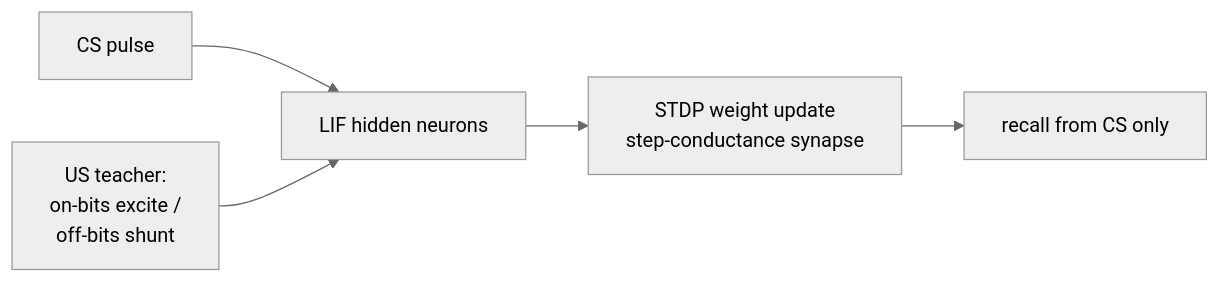
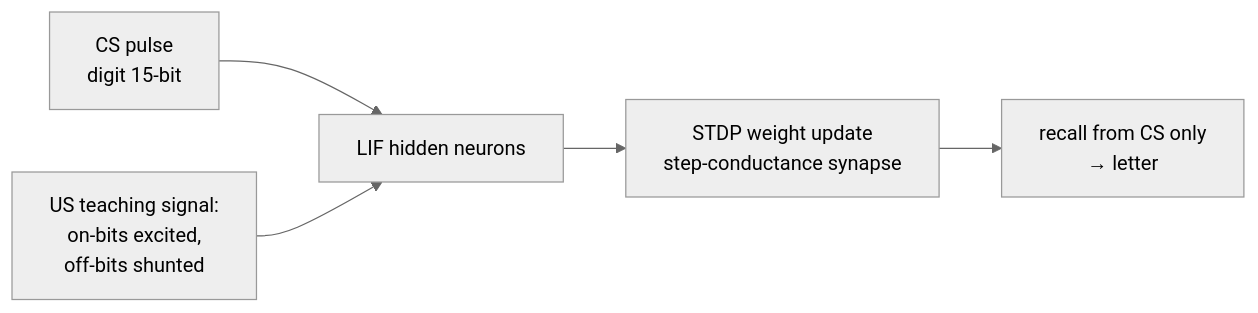
The diagram in projects/stdp-heteroassociative-memory.md (Ssopaa/Ssopaa), drawn with Mermaid (neutral theme) before and after one commit. The commit also changed other lines of this file and 1 other file, not shown here.

````diff
--- a/projects/stdp-heteroassociative-memory.md
+++ b/projects/stdp-heteroassociative-memory.md
@@ -32,7 +16,7 @@
 ```mermaid
 flowchart LR
-    A[CS pulse] --> B[LIF hidden neurons]
-    T[US teacher:<br/>on-bits excite /<br/>off-bits shunt] --> B
+    A[CS pulse<br/>digit 15-bit] --> B[LIF hidden neurons]
+    T[US teaching signal:<br/>on-bits excited,<br/>off-bits shunted] --> B
     B --> C[STDP weight update<br/>step-conductance synapse]
-    C --> D[recall from CS only]
+    C --> D[recall from CS only<br/>→ letter]
 ```
````
